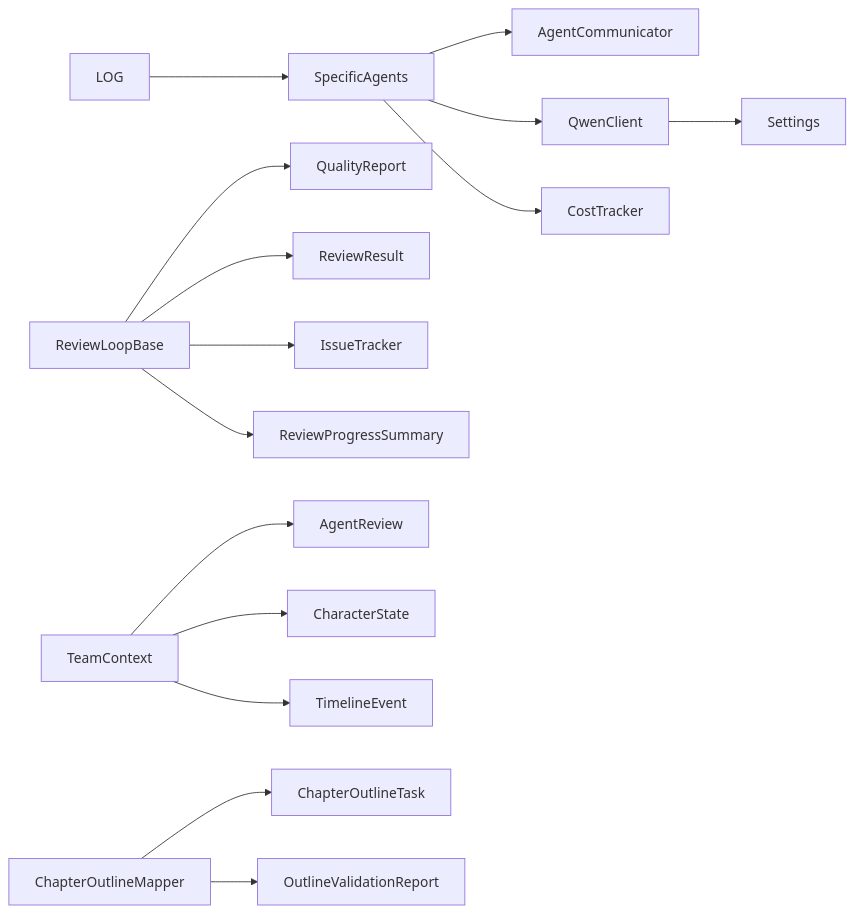
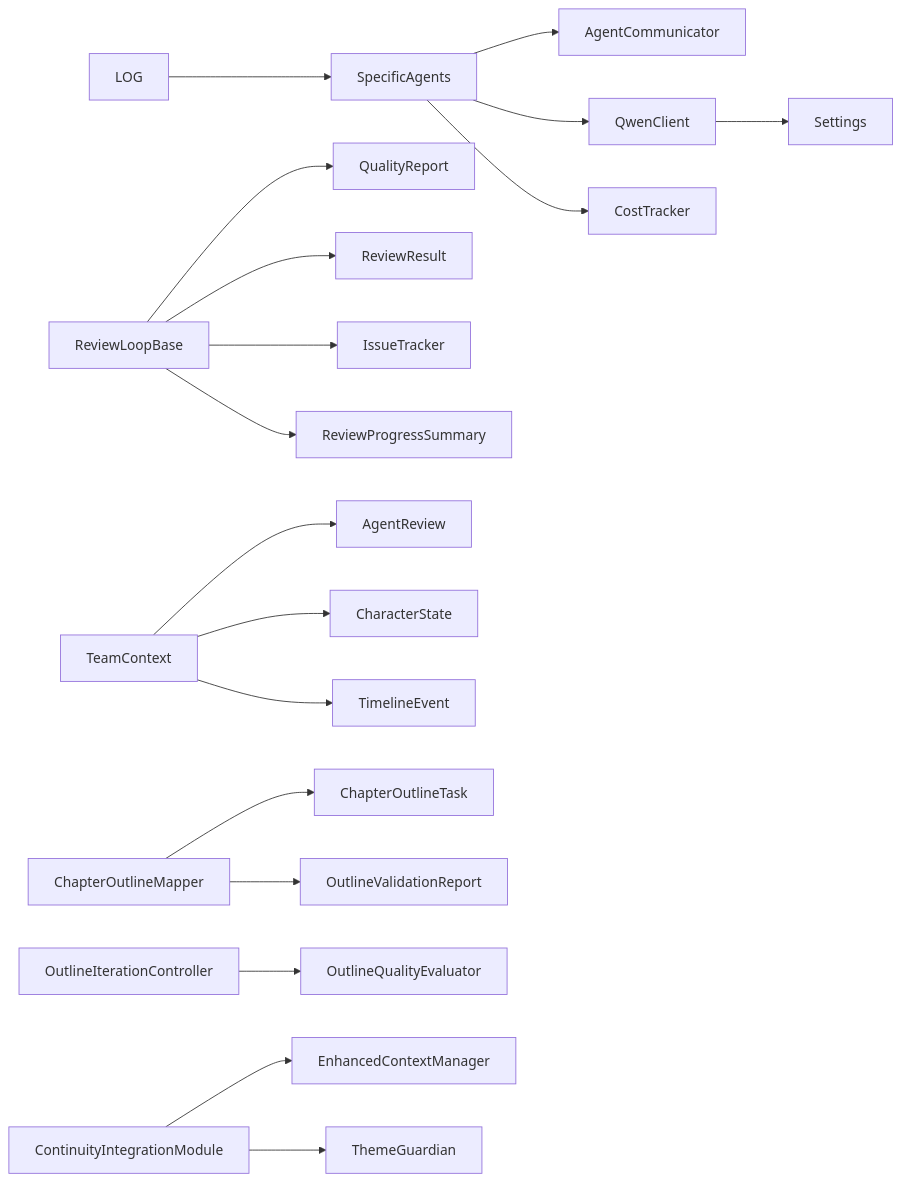
Before and after one commit to xfbyxq/ai-novel-system: diagram 16 of 16 in .qoder/repowiki/zh/content/AI智能体系统/AI智能体系统.md, drawn with Mermaid. The commit also changed other lines of this file and 17 other files, not shown here.

````diff
--- a/.qoder/repowiki/zh/content/AI智能体系统/AI智能体系统.md
+++ b/.qoder/repowiki/zh/content/AI智能体系统/AI智能体系统.md
@@ -569,17 +975,20 @@
 ```mermaid
 graph LR
 SA["SpecificAgents"] --> AC["AgentCommunicator"]
 SA --> QC["QwenClient"]
 SA --> CT["CostTracker"]
 RLB["ReviewLoopBase"] --> QR["QualityReport"]
 RLB --> RR["ReviewResult"]
 RLB --> IE["IssueTracker"]
 RLB --> RS["ReviewProgressSummary"]
 TC["TeamContext"] --> AR["AgentReview"]
 TC --> CS["CharacterState"]
 TC --> TL["TimelineEvent"]
 COM["ChapterOutlineMapper"] --> COT["ChapterOutlineTask"]
 COM --> OVR["OutlineValidationReport"]
+OIC["OutlineIterationController"] --> OQE["OutlineQualityEvaluator"]
+CIM["ContinuityIntegrationModule"] --> ECM["EnhancedContextManager"]
+CIM --> TG["ThemeGuardian"]
 QC --> CFG["Settings"]
 LOG --> SA
 ```
````
